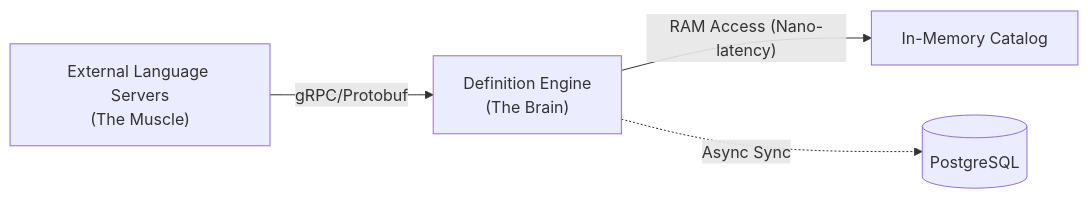
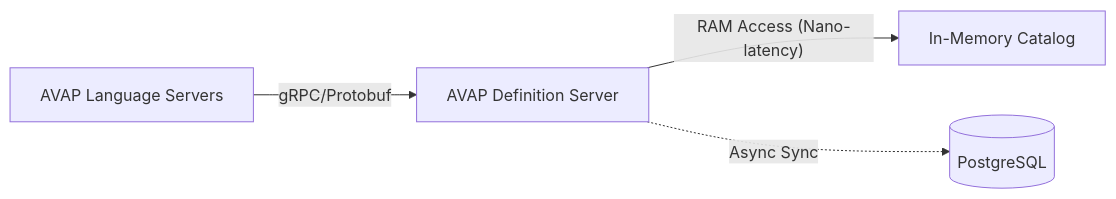
The diagram in README.md (rafa-ruiz/AVAP_Definitions_Server), drawn with Mermaid before and after one commit.

Commit message:
refactor

````diff
--- a/README.md
+++ b/README.md
@@ -38,6 +38,6 @@
 ```mermaid
 graph LR
-    ExecNodes["External Language Servers<br/>(The Muscle)"] -->|"gRPC/Protobuf"| Core["Definition Engine<br/>(The Brain)"];
+    ExecNodes["AVAP Language Servers<br/>"] -->|"gRPC/Protobuf"| Core["AVAP Definition Server<br/>"];
     Core -->|"RAM Access (Nano-latency)"| CoreMem[In-Memory Catalog];
     Core -.->|"Async Sync"| DB[(PostgreSQL)];
 ```
````
